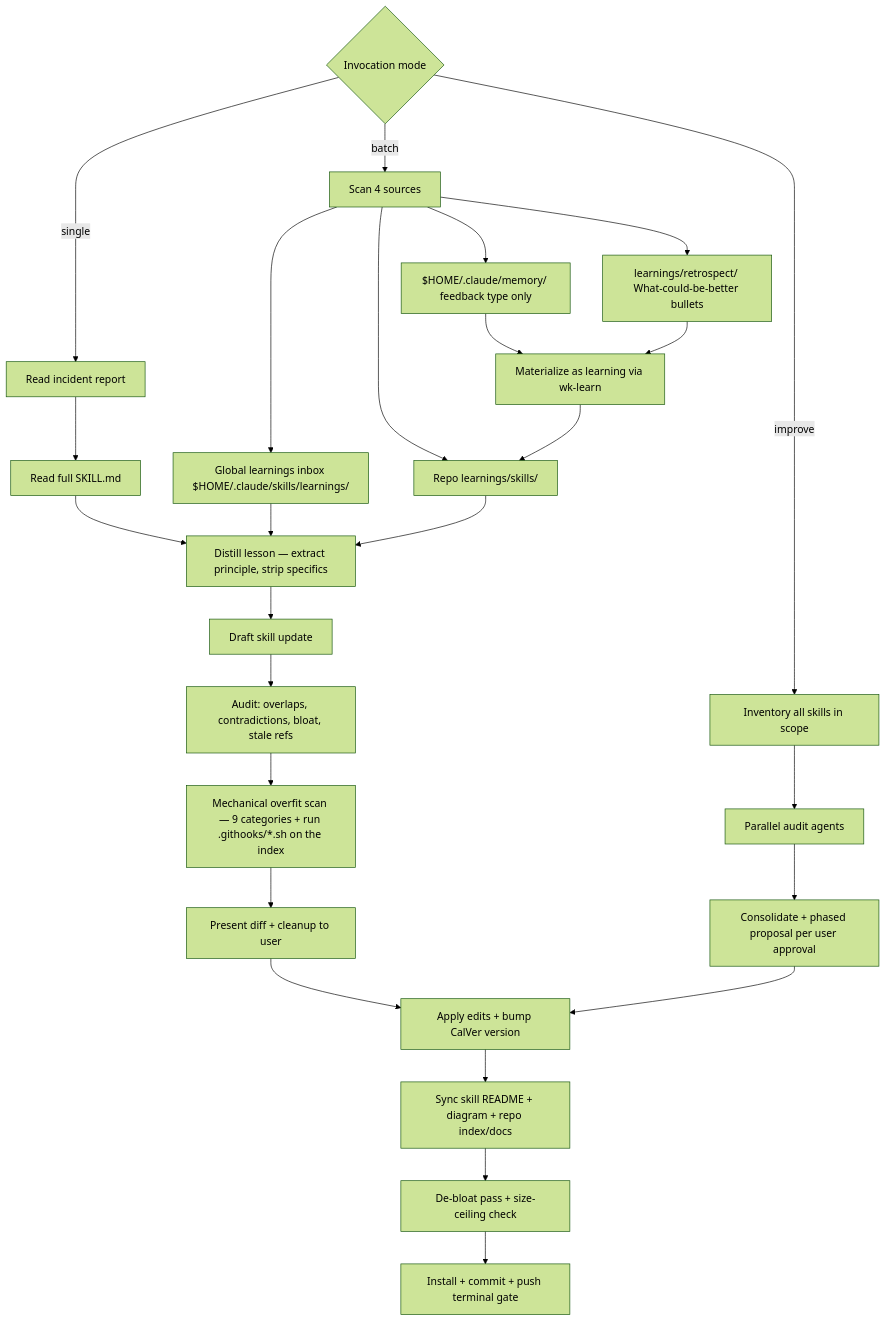
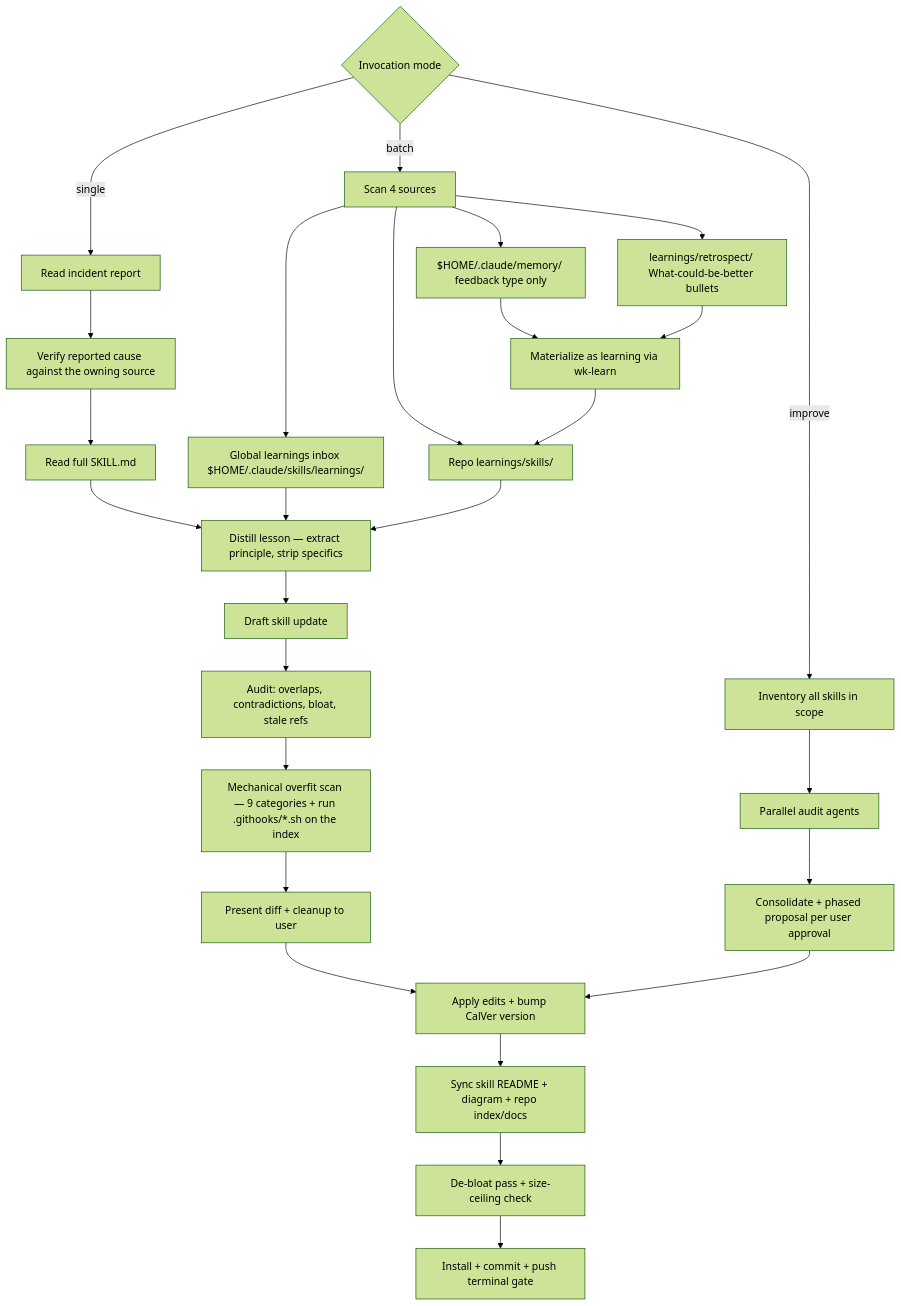
One commit to whizzzkid/skills changed the diagram in skills/sharpen/README.md. Above: the diagram before and after it, drawn with Mermaid (forest theme). The commit also changed other lines of this file and 4 other files, not shown here.

````diff
--- a/skills/sharpen/README.md
+++ b/skills/sharpen/README.md
@@ -16,27 +16,28 @@
 ```mermaid
 flowchart TD
     A{Invocation mode} -->|single| B[Read incident report]
     A -->|batch| G[Scan 4 sources]
     A -->|improve| K[Inventory all skills in scope]
-    B --> C[Read full SKILL.md]
+    B --> B2[Verify reported cause against the owning source]
+    B2 --> C[Read full SKILL.md]
     C --> D[Distill lesson — extract principle, strip specifics]
     D --> E[Draft skill update]
     E --> F[Audit: overlaps, contradictions, bloat, stale refs]
     F --> F2[Mechanical overfit scan — 9 categories + run .githooks/*.sh on the index]
     F2 --> P[Present diff + cleanup to user]
     P --> Q[Apply edits + bump CalVer version]
     Q --> Q2[Sync skill README + diagram + repo index/docs]
     Q2 --> R[De-bloat pass + size-ceiling check]
     R --> S[Install + commit + push terminal gate]
     G --> G1[Global learnings inbox $HOME/.claude/skills/learnings/]
     G --> G2[Repo learnings/skills/]
     G --> G3[$HOME/.claude/memory/ feedback type only]
     G --> G4[learnings/retrospect/ What-could-be-better bullets]
     G3 --> GM[Materialize as learning via wk-learn]
     G4 --> GM
     GM --> G2
     G1 & G2 --> D
     K --> L[Parallel audit agents]
     L --> M[Consolidate + phased proposal per user approval]
     M --> Q
 ```
````
